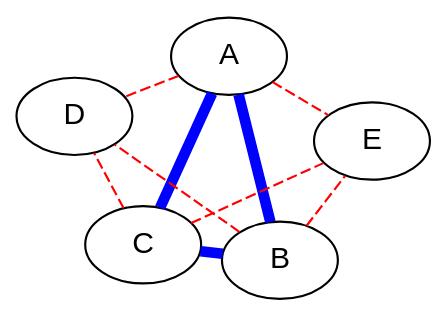
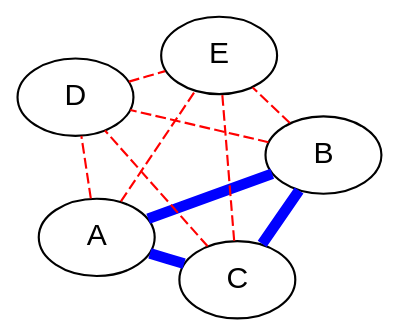
The diagram in media/CAP/Quorum.dot (lvh/DistributedSystems101), drawn with Graphviz before and after one commit. The commit also changed 1 other file, not shown here.

```diff
--- a/media/CAP/Quorum.dot
+++ b/media/CAP/Quorum.dot
@@ -1,30 +1,31 @@
 graph Quorum {
         bgcolor="transparent";
         node [fontname="Helvetica"];
         layout=fdp;
                 
         Node1 [label="A"];
         Node2 [label="B"];
         Node3 [label="C"];
         Node4 [label="D"];
         Node5 [label="E"];
         
         {
                 edge [penwidth=5, color=blue];
 
                 Node1 -- Node2;
                 Node1 -- Node3;
                 Node2 -- Node3;               
         }
              
         {
                 edge [color=red, style=dashed];
-                
-                Node3 -- Node4;                
-                Node3 -- Node5;               
+
                 Node1 -- Node4;
                 Node1 -- Node5;
                 Node2 -- Node4;
                 Node2 -- Node5;
-        }
+                Node3 -- Node4;                
+                Node3 -- Node5;               
+                Node4 -- Node5;                
 }
+}
```
